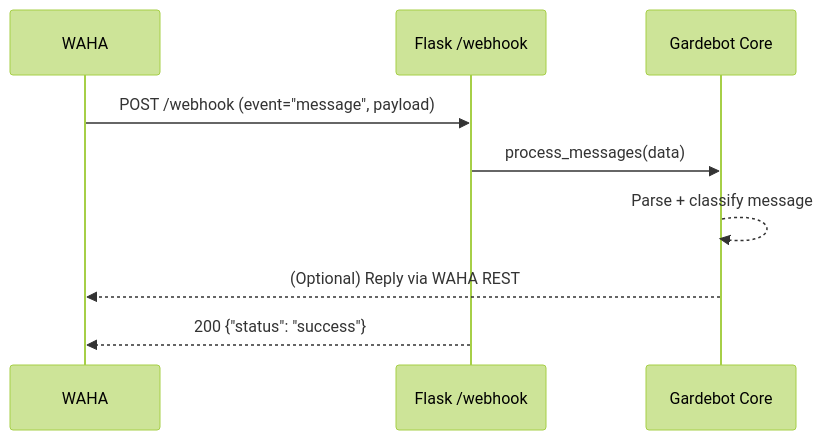
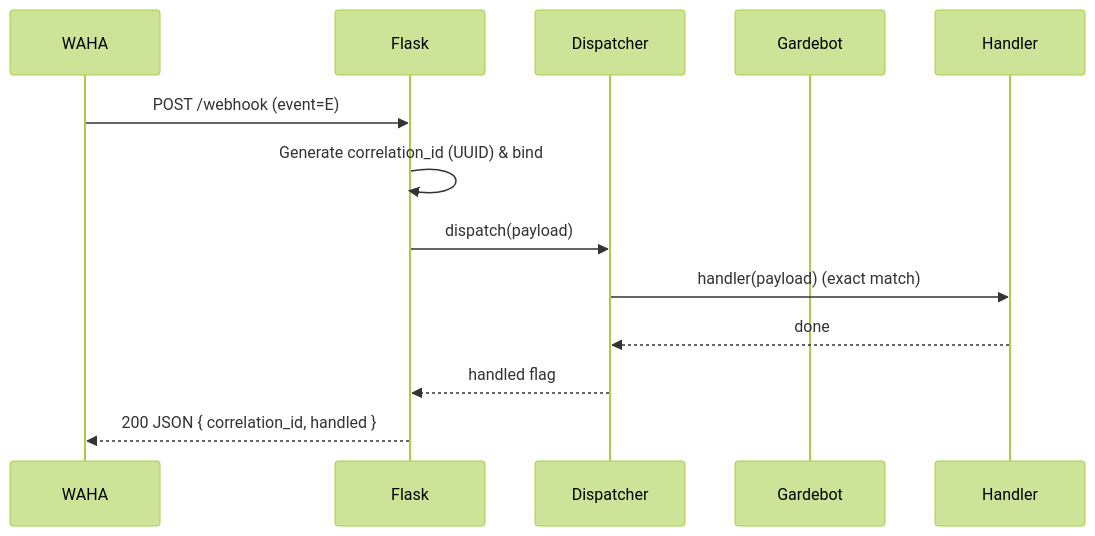
One commit to Gardebot/Gardebot changed the second of 3 diagrams in README.md. Above: the diagram before and after it, drawn with Mermaid (forest theme). The commit also changed other lines of this file and 20 other files, not shown here.

````diff
--- a/README.md
+++ b/README.md
@@ -136,11 +37,15 @@
 ```mermaid
 sequenceDiagram
-    participant W as WAHA
-    participant F as Flask /webhook
-    participant G as Gardebot Core
-    W->>F: POST /webhook (event="message", payload)
-    F->>G: process_messages(data)
-    G-->>G: Parse + classify message
-    G-->>W: (Optional) Reply via WAHA REST
-    F-->>W: 200 {"status": "success"}
+    participant WAHA
+    participant Flask
+    participant Dispatcher
+    participant Gardebot
+    participant Handler
+    WAHA->>Flask: POST /webhook (event=E)
+    Flask->>Flask: Generate correlation_id (UUID) & bind
+    Flask->>Dispatcher: dispatch(payload)
+    Dispatcher->>Handler: handler(payload) (exact match)
+    Handler-->>Dispatcher: done
+    Dispatcher-->>Flask: handled flag
+    Flask-->>WAHA: 200 JSON { correlation_id, handled }
 ```
````
